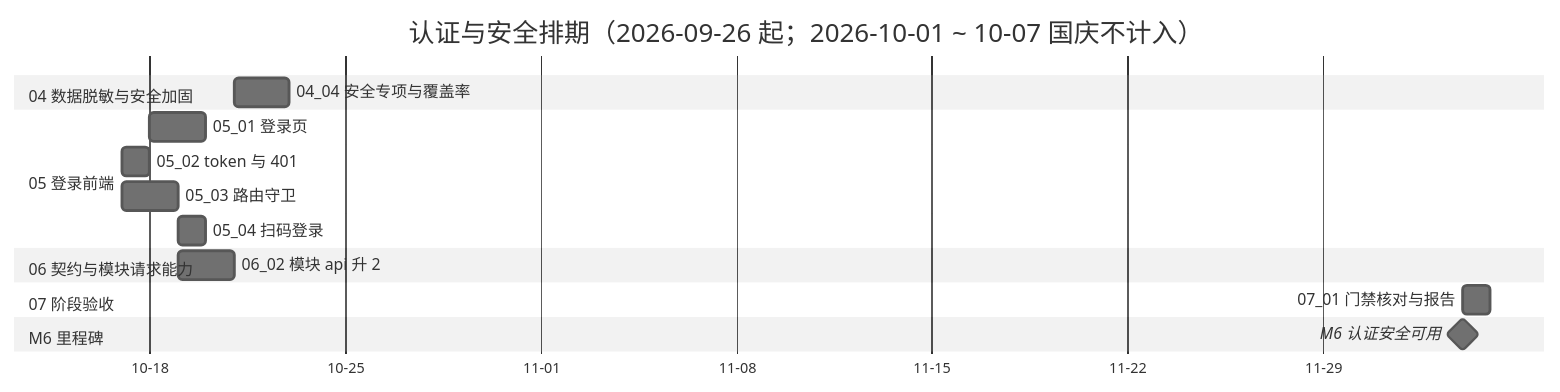
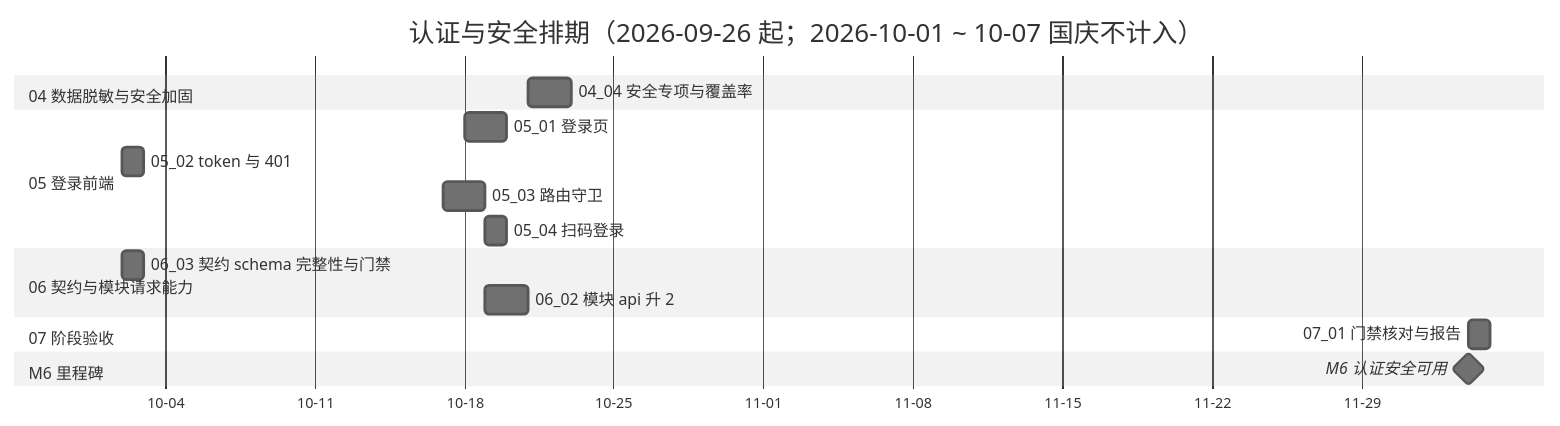
Before and after one commit to minjian123/basic-management-system: the diagram in bms文档/项目/06_认证与安全/计划/01_计划_认证与安全.md, drawn with Mermaid (neutral theme). The commit also changed other lines of this file and 5 other files, not shown here.

First line of the commit message:
docs(认证与安全): 06_03 契约响应 schema 完整性与门禁立项与详细设计

````diff
--- a/bms文档/项目/06_认证与安全/计划/01_计划_认证与安全.md
+++ b/bms文档/项目/06_认证与安全/计划/01_计划_认证与安全.md
@@ -75,19 +76,20 @@
 ```mermaid
 gantt
     title 认证与安全排期（2026-09-26 起；2026-10-01 ~ 10-07 国庆不计入）
     dateFormat  YYYY-MM-DD
     axisFormat %m-%d
     section 04 数据脱敏与安全加固
     04_04 安全专项与覆盖率 :d4, 2026-10-21, 2d
     section 05 登录前端
     05_01 登录页 :e1, 2026-10-18, 2d
-    05_02 token 与 401 :e2, 2026-10-17, 1d
+    05_02 token 与 401 :e2, 2026-10-02, 1d
     05_03 路由守卫 :e3, 2026-10-17, 2d
     05_04 扫码登录 :e4, 2026-10-19, 1d
     section 06 契约与模块请求能力
+    06_03 契约 schema 完整性与门禁 :f1, 2026-10-02, 1d
     06_02 模块 api 升 2 :f2, 2026-10-19, 2d
     section 07 阶段验收
     07_01 门禁核对与报告 :g1, 2026-12-04, 1d
     section M6 里程碑
     M6 认证安全可用 :milestone, mm6, 2026-12-04, 0d
 ```
````
